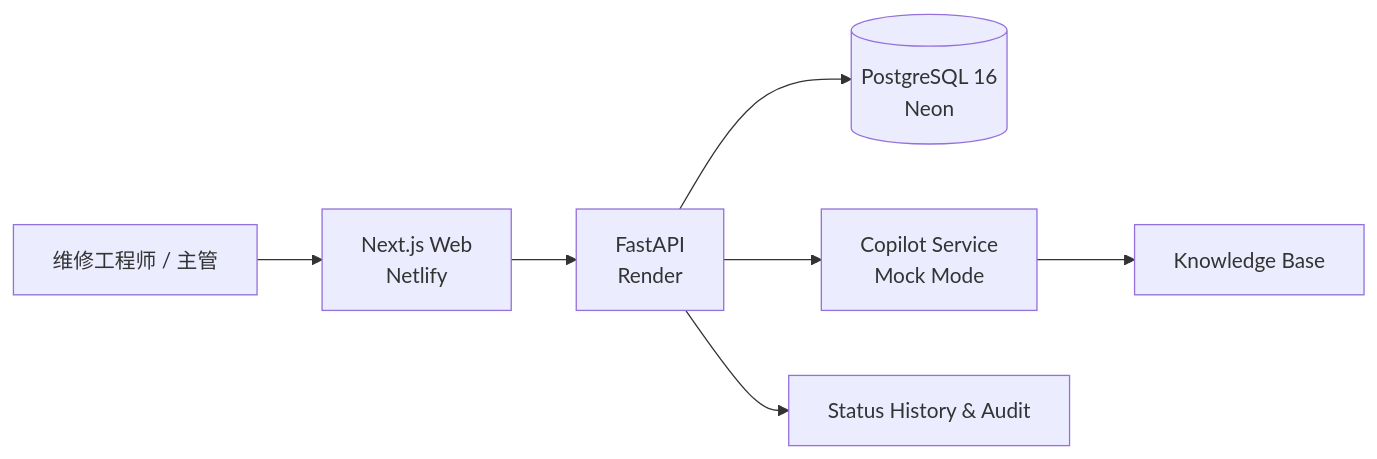
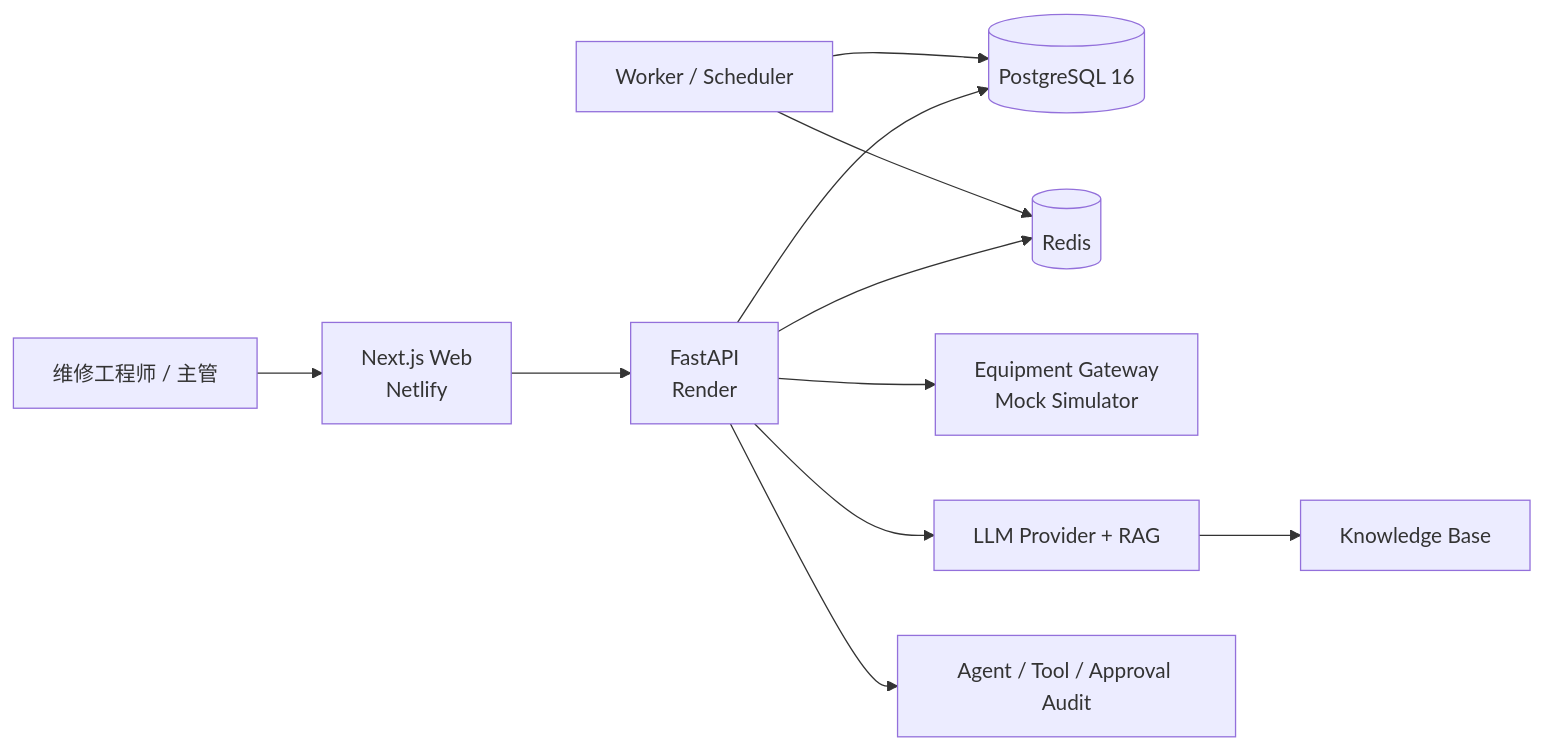
The second of 2 diagrams in README.md (ten10do/industrial-maintenance-copilot), drawn with Mermaid before and after one commit. The commit also changed other lines of this file and 9 other files, not shown here.

Commit message:
docs: document intelligent maintenance platform architecture

````diff
--- a/README.md
+++ b/README.md
@@ -83,9 +102,13 @@
 ```mermaid
 flowchart LR
     User["维修工程师 / 主管"] --> Web["Next.js Web<br/>Netlify"]
     Web --> API["FastAPI<br/>Render"]
-    API --> DB[("PostgreSQL 16<br/>Neon")]
-    API --> Copilot["Copilot Service<br/>Mock Mode"]
+    API --> DB[("PostgreSQL 16")]
+    API --> Redis[("Redis")]
+    Worker["Worker / Scheduler"] --> DB
+    Worker --> Redis
+    API --> Equipment["Equipment Gateway<br/>Mock Simulator"]
+    API --> Copilot["LLM Provider + RAG"]
     Copilot --> KB["Knowledge Base"]
-    API --> Audit["Status History & Audit"]
+    API --> Audit["Agent / Tool / Approval Audit"]
 ```
````
